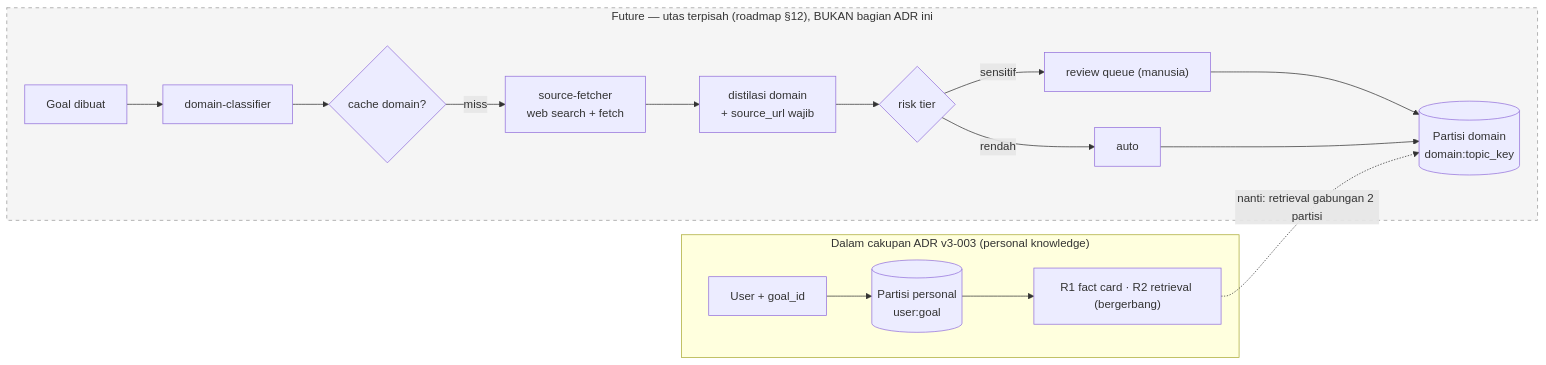
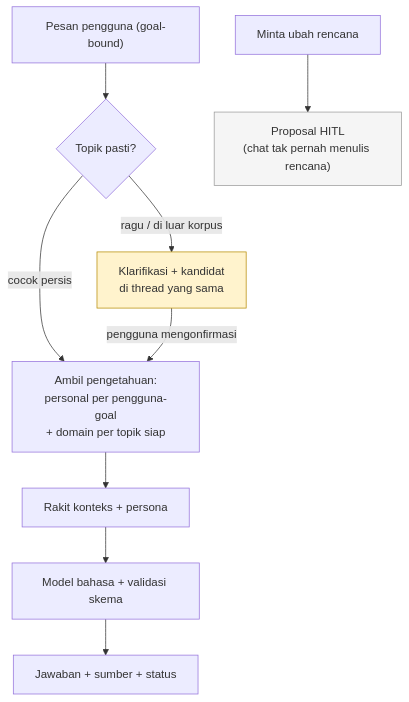
Before and after one commit to Math-Dragon/Capstone-D-01: the diagram in team/docs/adr/v3/v3-003-goal-knowledge-rag-chat.md, drawn with Mermaid. The commit also changed other lines of this file and 1 other file, not shown here.

Commit message:
feat(docs): coach chat adr v3

````diff
--- a/team/docs/adr/v3/v3-003-goal-knowledge-rag-chat.md
+++ b/team/docs/adr/v3/v3-003-goal-knowledge-rag-chat.md
@@ -141,22 +71,13 @@
 ```mermaid
-flowchart LR
-    subgraph INSCOPE["Dalam cakupan ADR v3-003 (personal knowledge)"]
-        U["User + goal_id"] --> P[("Partisi personal<br/>user:goal")]
-        P --> A["R1 fact card · R2 retrieval (bergerbang)"]
-    end
-
-    subgraph OUTSCOPE["Future — utas terpisah (roadmap §12), BUKAN bagian ADR ini"]
-        G["Goal dibuat"] --> DC["domain-classifier"]
-        DC --> CACHE{"cache domain?"}
-        CACHE -->|miss| FETCH["source-fetcher<br/>web search + fetch"]
-        FETCH --> DD["distilasi domain<br/>+ source_url wajib"]
-        DD --> RISK{"risk tier"}
-        RISK -->|sensitif| REV["review queue (manusia)"]
-        RISK -->|rendah| AUTO["auto"]
-        REV --> DP[("Partisi domain<br/>domain:topic_key")]
-        AUTO --> DP
-    end
-
-    A -.->|"nanti: retrieval gabungan 2 partisi"| DP
-    style OUTSCOPE fill:#f5f5f5,stroke:#999,stroke-dasharray:5 5
+flowchart TD
+    U["Pesan pengguna (goal-bound)"] --> R{"Topik pasti?"}
+    R -->|cocok persis| K["Ambil pengetahuan:\npersonal per pengguna-goal\n+ domain per topik siap"]
+    R -->|ragu / di luar korpus| C["Klarifikasi + kandidat\ndi thread yang sama"]
+    C -->|pengguna mengonfirmasi| K
+    K --> M["Rakit konteks + persona"]
+    M --> L["Model bahasa + validasi skema"]
+    L --> J["Jawaban + sumber + status"]
+    U2["Minta ubah rencana"] --> H["Proposal HITL\n(chat tak pernah menulis rencana)"]
+    style C fill:#fff3cd,stroke:#b58900
+    style H fill:#f5f5f5,stroke:#999
 ```
````
